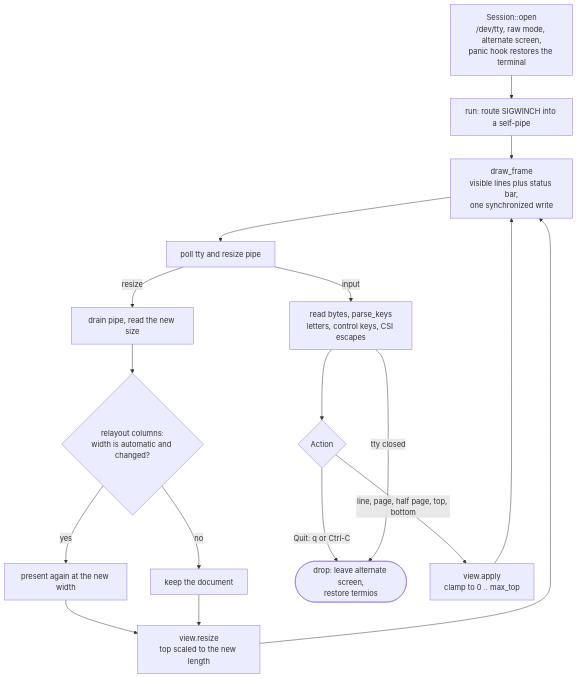
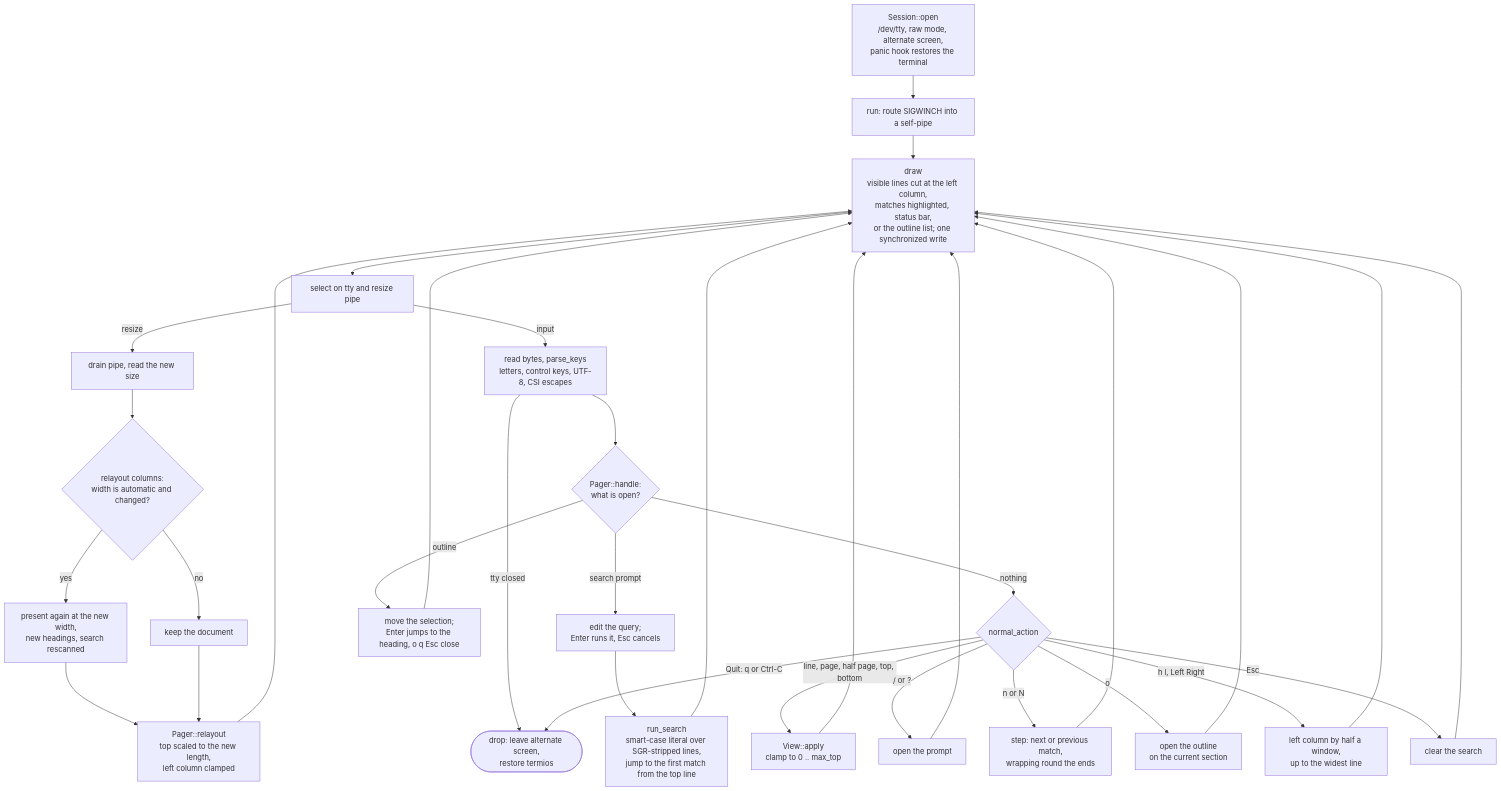
One commit to machinageist/mu changed the sixth of 8 diagrams in docs/wiki/logic-maps.md. Above: the diagram before and after it, drawn with Mermaid. The commit also changed other lines of this file and 2 other files, not shown here.

````diff
--- a/docs/wiki/logic-maps.md
+++ b/docs/wiki/logic-maps.md
@@ -214,19 +243,35 @@
 ```mermaid
 flowchart TD
   O["Session::open<br/>/dev/tty, raw mode, alternate screen,<br/>panic hook restores the terminal"] --> R["run: route SIGWINCH into a self-pipe"]
-  R --> D["draw_frame<br/>visible lines plus status bar,<br/>one synchronized write"]
-  D --> W["poll tty and resize pipe"]
+  R --> D["draw<br/>visible lines cut at the left column,<br/>matches highlighted, status bar,<br/>or the outline list; one synchronized write"]
+  D --> W["select on tty and resize pipe"]
   W -->|"resize"| RS["drain pipe, read the new size"]
   RS --> RL{"relayout columns:<br/>width is automatic and changed?"}
-  RL -->|"yes"| RR["present again at the new width"]
+  RL -->|"yes"| RR["present again at the new width,<br/>new headings, search rescanned"]
   RL -->|"no"| KEEP["keep the document"]
-  RR --> VR["view.resize<br/>top scaled to the new length"]
+  RR --> VR["Pager::relayout<br/>top scaled to the new length,<br/>left column clamped"]
   KEEP --> VR
   VR --> D
-  W -->|"input"| KEY["read bytes, parse_keys<br/>letters, control keys, CSI escapes"]
-  KEY --> A{"Action"}
+  W -->|"input"| KEY["read bytes, parse_keys<br/>letters, control keys, UTF-8, CSI escapes"]
+  KEY -->|"tty closed"| Q
+  KEY --> MODE{"Pager::handle:<br/>what is open?"}
+  MODE -->|"search prompt"| PR["edit the query;<br/>Enter runs it, Esc cancels"]
+  PR --> SE["run_search<br/>smart-case literal over SGR-stripped lines,<br/>jump to the first match from the top line"]
+  SE --> D
+  MODE -->|"outline"| OL["move the selection;<br/>Enter jumps to the heading, o q Esc close"]
+  OL --> D
+  MODE -->|"nothing"| A{"normal_action"}
   A -->|"Quit: q or Ctrl-C"| Q(["drop: leave alternate screen,<br/>restore termios"])
-  A -->|"line, page, half page, top, bottom"| CL["view.apply<br/>clamp to 0 .. max_top"]
+  A -->|"line, page, half page, top, bottom"| CL["View::apply<br/>clamp to 0 .. max_top"]
+  A -->|"/ or ?"| OP["open the prompt"]
+  A -->|"n or N"| ST["step: next or previous match,<br/>wrapping round the ends"]
+  A -->|"o"| OO["open the outline<br/>on the current section"]
+  A -->|"h l, Left Right"| SW["left column by half a window,<br/>up to the widest line"]
+  A -->|"Esc"| CS["clear the search"]
   CL --> D
-  KEY -->|"tty closed"| Q
+  OP --> D
+  ST --> D
+  OO --> D
+  SW --> D
+  CS --> D
 ```
````
